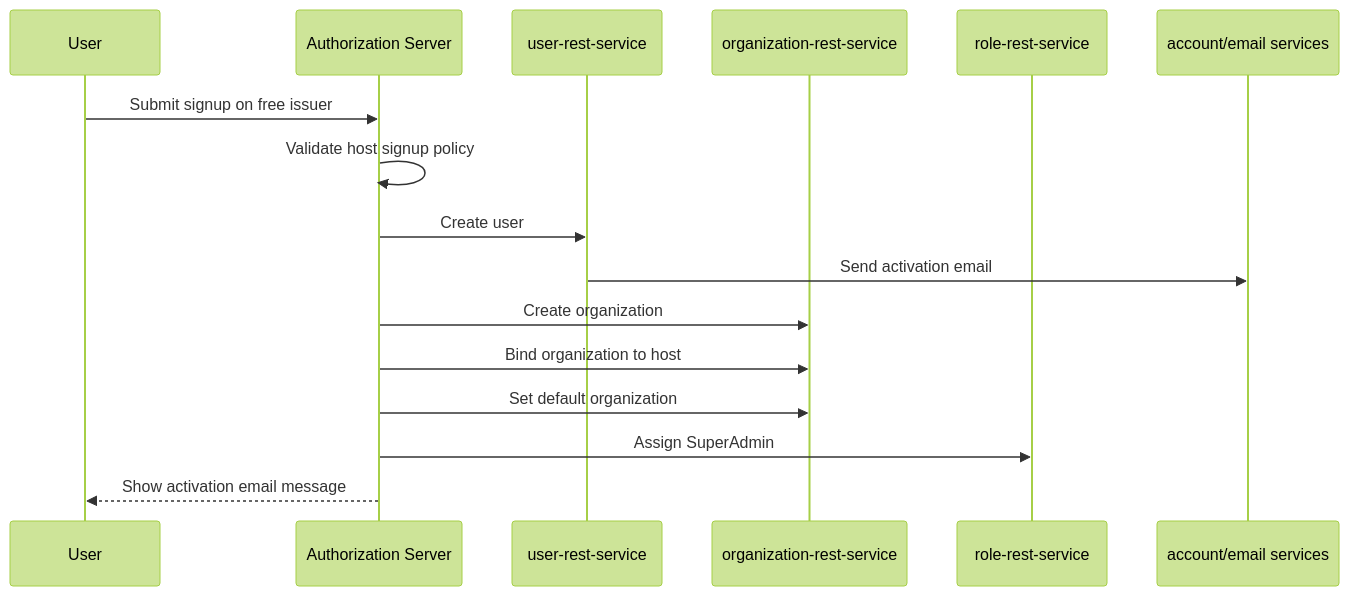
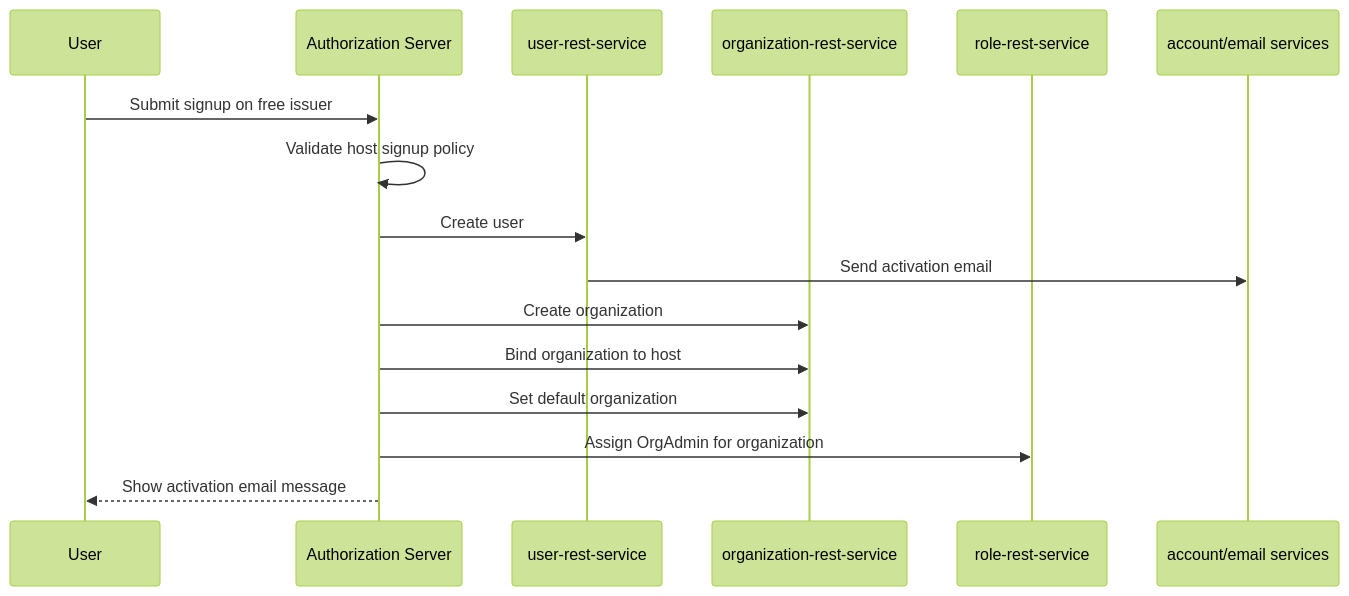
Before and after one commit to sonamsamdupkhangsar/authorization: the diagram in docs/04-signup-and-tenant-onboarding.md, drawn with Mermaid (forest theme). The commit also changed other lines of this file and 11 other files, not shown here.

````diff
--- a/docs/04-signup-and-tenant-onboarding.md
+++ b/docs/04-signup-and-tenant-onboarding.md
@@ -54,19 +54,19 @@
 ```mermaid
 sequenceDiagram
     participant User
     participant Authz as Authorization Server
     participant UserSvc as user-rest-service
     participant OrgSvc as organization-rest-service
     participant RoleSvc as role-rest-service
     participant Email as account/email services
 
     User->>Authz: Submit signup on free issuer
     Authz->>Authz: Validate host signup policy
     Authz->>UserSvc: Create user
     UserSvc->>Email: Send activation email
     Authz->>OrgSvc: Create organization
     Authz->>OrgSvc: Bind organization to host
     Authz->>OrgSvc: Set default organization
-    Authz->>RoleSvc: Assign SuperAdmin
+    Authz->>RoleSvc: Assign OrgAdmin for organization
     Authz-->>User: Show activation email message
 ```
````
